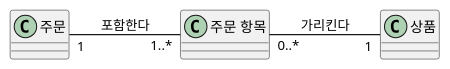
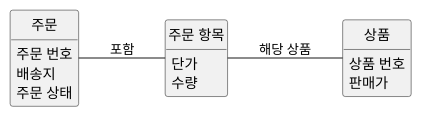
Before and after one commit to YoungSan77/TrainingMaterials: the second of 4 diagrams in courses/ai-native/sessions/s04.md, drawn with PlantUML. The commit also changed other lines of this file and 52 other files, not shown here.

````diff
--- a/courses/ai-native/sessions/s04.md
+++ b/courses/ai-native/sessions/s04.md
@@ -311,10 +190,23 @@
 ```plantuml:class
 @startuml
 left to right direction
-class "주문" as Order
-class "주문 항목" as OrderItem
-class "상품" as Product
-Order "1" -- "1..*" OrderItem : 포함한다
-OrderItem "0..*" -- "1" Product : 가리킨다
+hide circle
+hide methods
+skinparam shadowing false
+class "주문" as Order {
+  주문 번호
+  배송지
+  주문 상태
+}
+class "주문 항목" as OrderItem {
+  단가
+  수량
+}
+class "상품" as Product {
+  상품 번호
+  판매가
+}
+Order -- OrderItem : 포함
+OrderItem -- Product : 해당 상품
 @enduml
 ```
````
